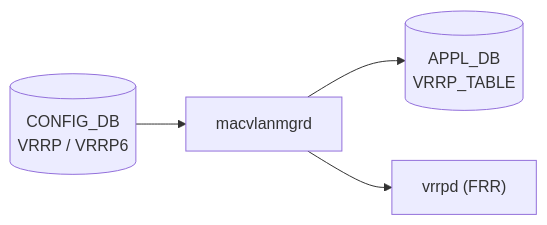
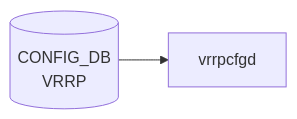
One commit to aoki-taquan/sonic-unofficial-docs changed the diagram in docs/reference/config-db/vrrp.md. Above: the diagram before and after it, drawn with Mermaid. The commit also changed other lines of this file and 359 other files, not shown here.

````diff
--- a/docs/reference/config-db/vrrp.md
+++ b/docs/reference/config-db/vrrp.md
@@ -51,9 +51,6 @@
 ```mermaid
 flowchart LR
-  CDB[("CONFIG_DB<br/>VRRP / VRRP6")]
-  DM["macvlanmgrd"]
-  APPL[("APPL_DB<br/>VRRP_TABLE")]
-  FRR["vrrpd (FRR)"]
-  CDB --> DM --> APPL
-  DM --> FRR
+  CDB[("CONFIG_DB<br/>VRRP")]
+  DM["vrrpcfgd"]
+  CDB --> DM
 ```
````
